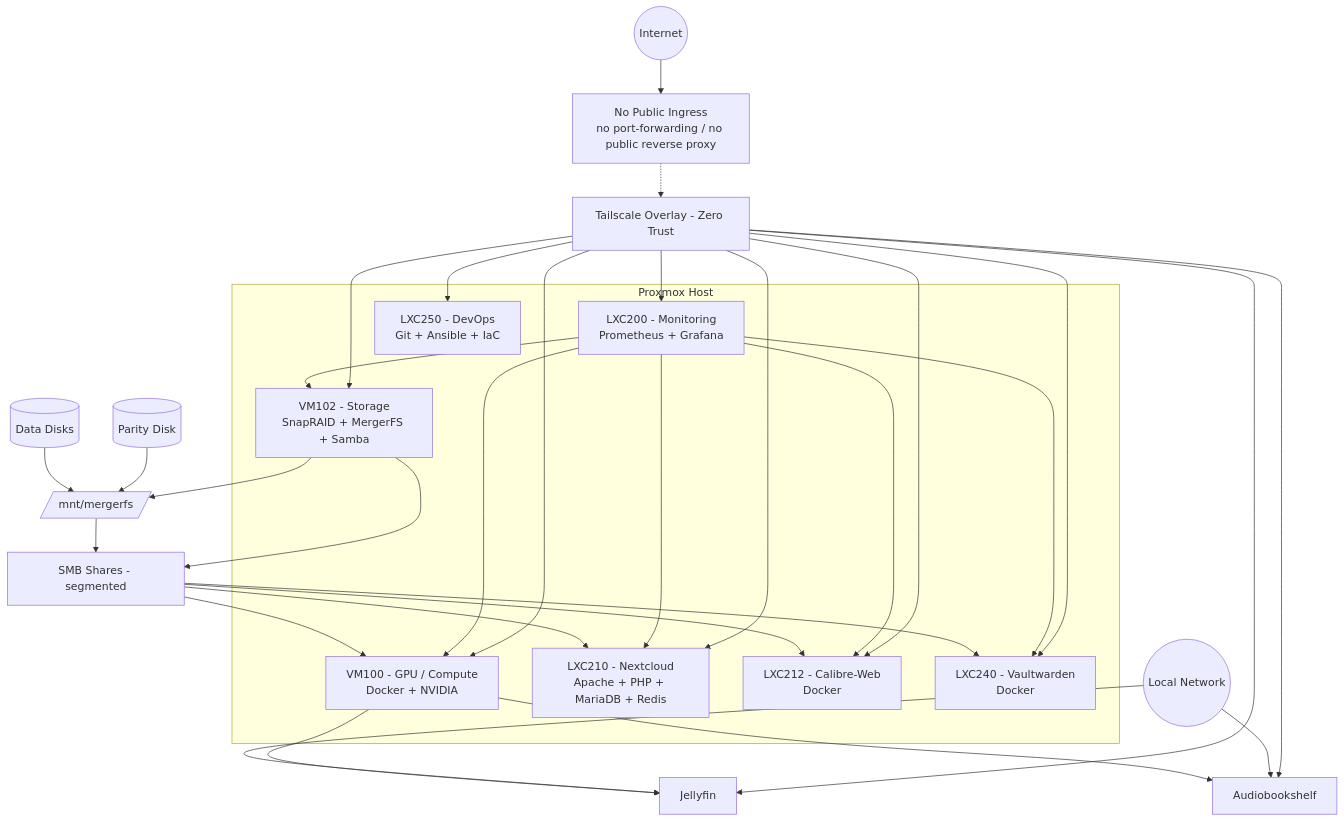
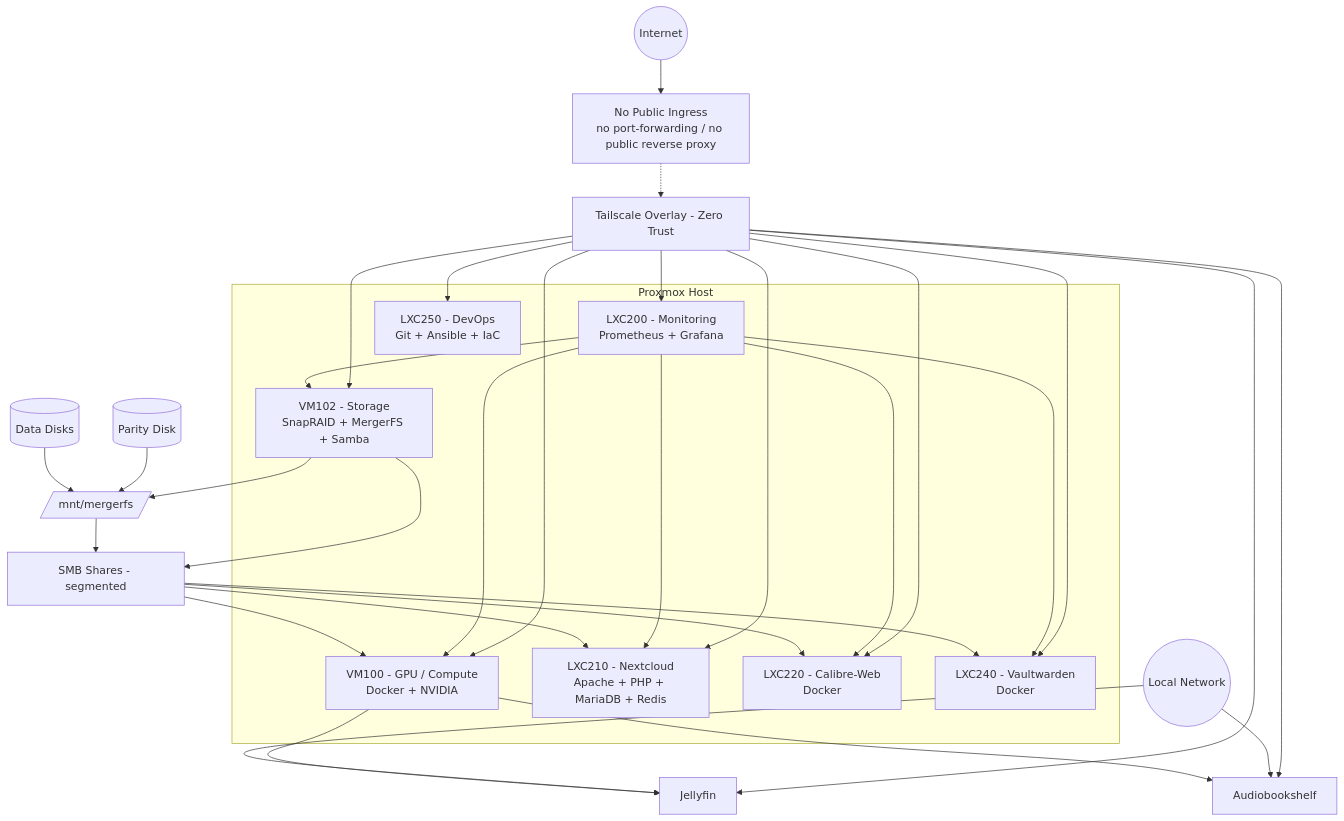
Before and after one commit to sohanreddyk/homelab-server-architecture: the diagram in docs/architecture/diagram.md, drawn with Mermaid. The commit also changed 3 other files, not shown here.

First line of the commit message:
fix(docs): correct Calibre-Web CTID from 212 to 220

````diff
--- a/docs/architecture/diagram.md
+++ b/docs/architecture/diagram.md
@@ -9,68 +9,68 @@
 ```mermaid
 flowchart TB
 
   %% Access Layers
   Internet((Internet))
   LAN((Local Network))
   TS[Tailscale Overlay - Zero Trust]
   NoPublic[No Public Ingress<br/>no port-forwarding / no public reverse proxy]
 
   Internet --> NoPublic
   NoPublic -.-> TS
 
   %% Proxmox Layer
   subgraph Proxmox Host
     VM102[VM102 - Storage<br/>SnapRAID + MergerFS + Samba]
     VM100[VM100 - GPU / Compute<br/>Docker + NVIDIA]
     LXC200[LXC200 - Monitoring<br/>Prometheus + Grafana]
     LXC210[LXC210 - Nextcloud<br/>Apache + PHP + MariaDB + Redis]
-    LXC212[LXC212 - Calibre-Web<br/>Docker]
+    LXC220[LXC220 - Calibre-Web<br/>Docker]
     LXC240[LXC240 - Vaultwarden<br/>Docker]
     LXC250[LXC250 - DevOps<br/>Git + Ansible + IaC]
   end
 
   %% Storage Internals
   Disks[(Data Disks)]
   Parity[(Parity Disk)]
   MergerFS[/mnt/mergerfs/]
   Samba[SMB Shares - segmented]
 
   Disks --> MergerFS
   Parity --> MergerFS
   MergerFS --> Samba
   VM102 --> MergerFS
   VM102 --> Samba
 
   %% Storage Consumers
   Samba --> VM100
   Samba --> LXC210
-  Samba --> LXC212
+  Samba --> LXC220
   Samba --> LXC240
 
   %% VM100 Services
   VM100 --> Jellyfin[Jellyfin]
   VM100 --> ABS[Audiobookshelf]
 
   %% Monitoring Targets
   LXC200 --> VM102
   LXC200 --> VM100
   LXC200 --> LXC210
-  LXC200 --> LXC212
+  LXC200 --> LXC220
   LXC200 --> LXC240
 
   %% Access Model
   TS --> VM100
   TS --> VM102
   TS --> LXC200
   TS --> LXC210
-  TS --> LXC212
+  TS --> LXC220
   TS --> LXC240
   TS --> LXC250
 
   LAN --> Jellyfin
   LAN --> ABS
 
   TS --> Jellyfin
   TS --> ABS
 
 ```
````
